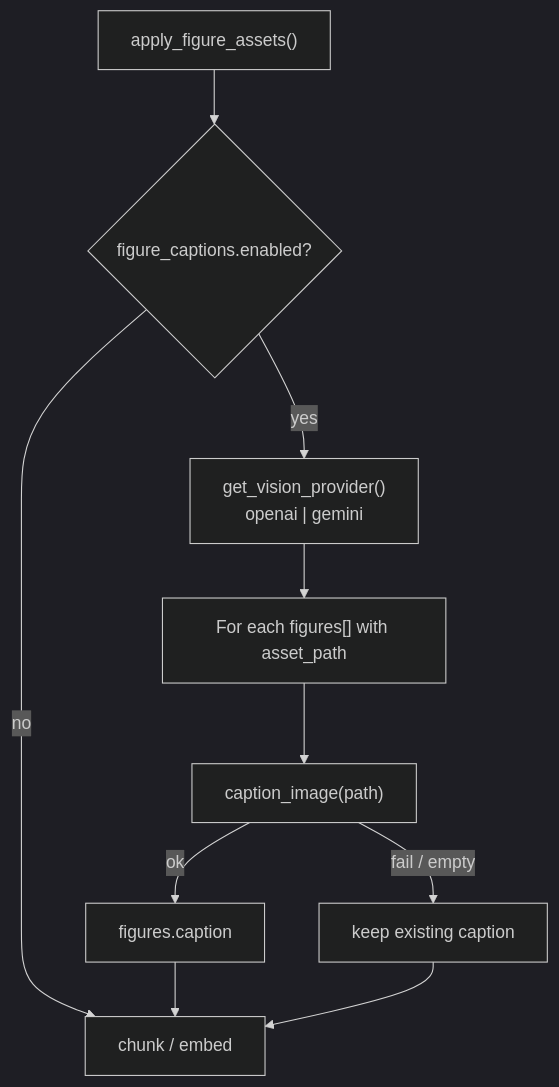
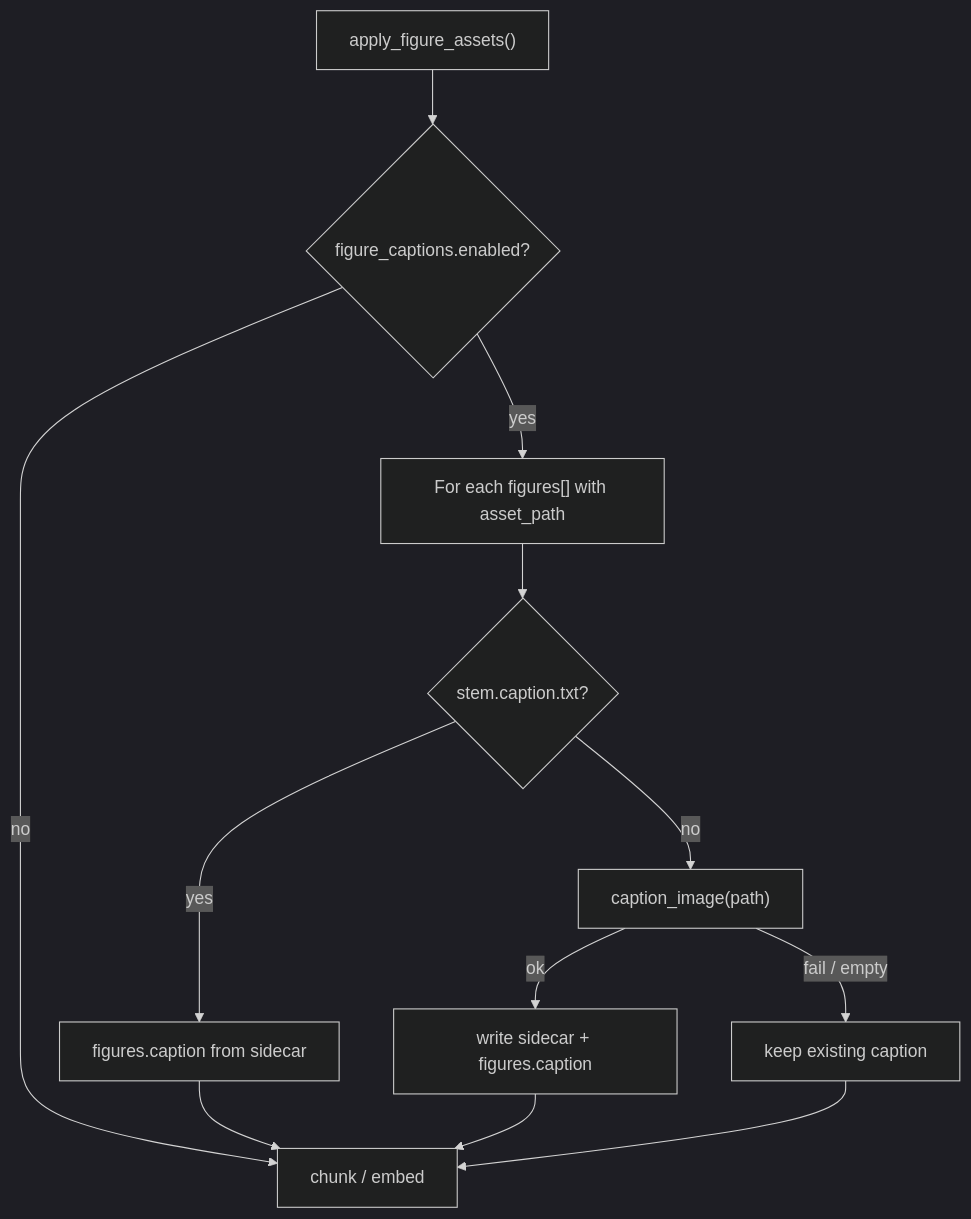
Before and after one commit to ealbertoav/rag_platform: the eighth of 25 diagrams in README.md, drawn with Mermaid (dark theme). The commit also changed other lines of this file and 5 other files, not shown here.

First line of the commit message:
Persist VLM captions as sidecar files and reuse on re-ingest (T-231):

````diff
--- a/README.md
+++ b/README.md
@@ -894,12 +894,14 @@
 ```mermaid
 flowchart TD
     ASSETS["apply_figure_assets()"] --> FLAG{"figure_captions.enabled?"}
     FLAG -->|no| CHUNK["chunk / embed"]
-    FLAG -->|yes| FACTORY["get_vision_provider()<br/>openai | gemini"]
-    FACTORY --> LOOP["For each figures[] with asset_path"]
-    LOOP --> VLM["caption_image(path)"]
-    VLM -->|ok| META["figures.caption"]
+    FLAG -->|yes| LOOP["For each figures[] with asset_path"]
+    LOOP --> SIDE{"stem.caption.txt?"}
+    SIDE -->|yes| META["figures.caption from sidecar"]
+    SIDE -->|no| VLM["caption_image(path)"]
+    VLM -->|ok| WRITE["write sidecar + figures.caption"]
     VLM -->|fail / empty| KEEP["keep existing caption"]
     META --> CHUNK
+    WRITE --> CHUNK
     KEEP --> CHUNK
 ```
````
